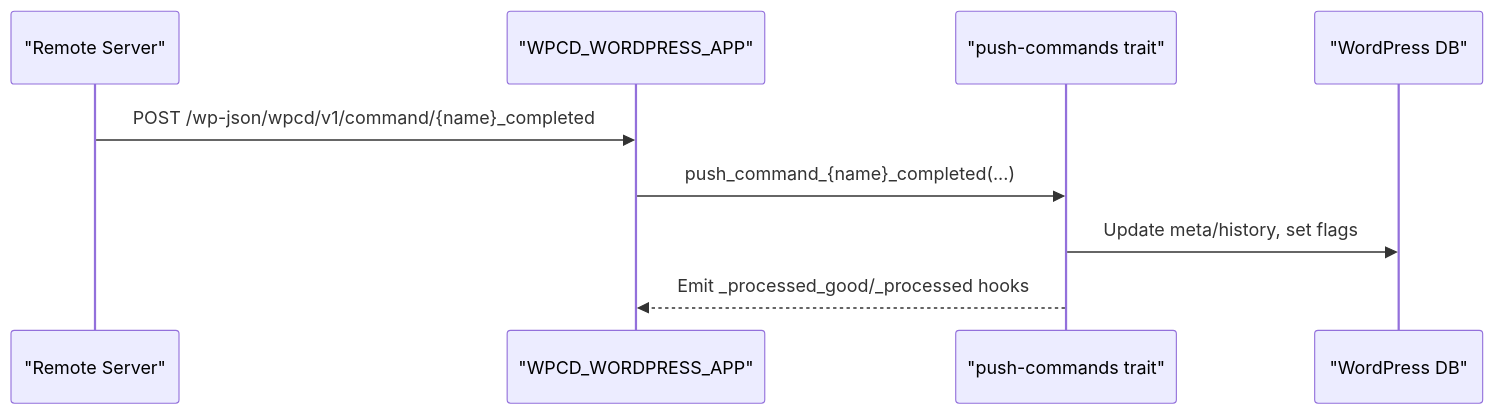
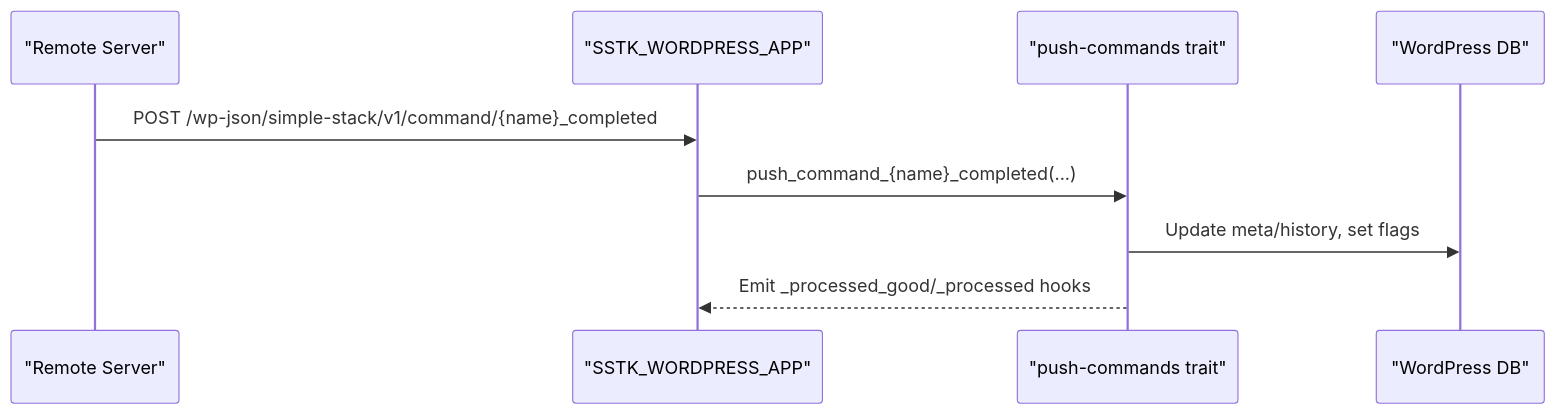
Before and after one commit to onedogsolutions/simple-stack: the seventh of 9 diagrams in .qoder/repowiki/en/content/WordPress Application Engine/Script Execution Engine.md, drawn with Mermaid. The commit also changed other lines of this file and 5941 other files, not shown here.

First line of the commit message:
refactor(core): rebrand WPCloudDeploy to Simple Stack with new namespaces and prefixes

````diff
--- a/.qoder/repowiki/en/content/WordPress Application Engine/Script Execution Engine.md
+++ b/.qoder/repowiki/en/content/WordPress Application Engine/Script Execution Engine.md
@@ -267,11 +267,11 @@
 ```mermaid
 sequenceDiagram
 participant REM as "Remote Server"
-participant WPAPP as "WPCD_WORDPRESS_APP"
+participant WPAPP as "SSTK_WORDPRESS_APP"
 participant PUSH as "push-commands trait"
 participant DB as "WordPress DB"
-REM->>WPAPP : POST /wp-json/wpcd/v1/command/{name}_completed
+REM->>WPAPP : POST /wp-json/simple-stack/v1/command/{name}_completed
 WPAPP->>PUSH : push_command_{name}_completed(...)
 PUSH->>DB : Update meta/history, set flags
 PUSH-->>WPAPP : Emit _processed_good/_processed hooks
 ```
````
